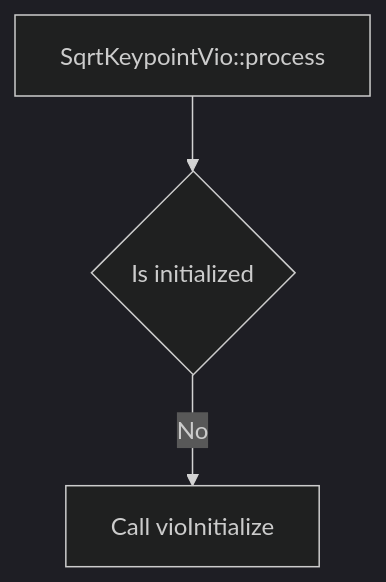
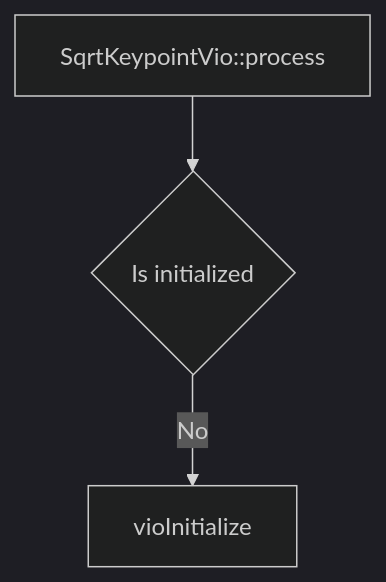
Before and after one commit to huzixuan1/iodraw-files: the diagram in all/未命名-3.md, drawn with Mermaid (dark theme).

Commit message:
2025-04-21 17:33:34 update

````diff
--- a/all/未命名-3.md
+++ b/all/未命名-3.md
@@ -1,29 +1,29 @@
 ```mermaid
 graph TD
     A[SqrtKeypointVio::process] --> B{Is initialized}
-    B -- No --> C[Call vioInitialize]
+    B -- No --> C[vioInitialize]
 
     %% B --> C[solve主优化]
     %% C --> D[createVariablesAndFactors]
     %% D --> E{{迭代循环}}
     %% E --> F[linearizeSystem]
     %% F --> G[linearSolve]
     %% G --> H{checkStepSuccess?}
     %% H -- 是 --> I[acceptStep]
     %% H -- 否 --> J[rejectStep]
     %% I --> E
     %% J --> E
     %% E --> K[marginalize]
     %% K --> L[generateNewMarginPrior]
     %% K --> M[createMarginVariableAndFactors]
     
     %% subgraph 辅助操作
     %%     N[backup/restore]
     %%     O[checkMarginPriorNullSpace]
     %%     P[updateOnlineCalib]
     %% end
     %% C --> N
     %% K --> O
     %% C --> P
 
 ```
````
